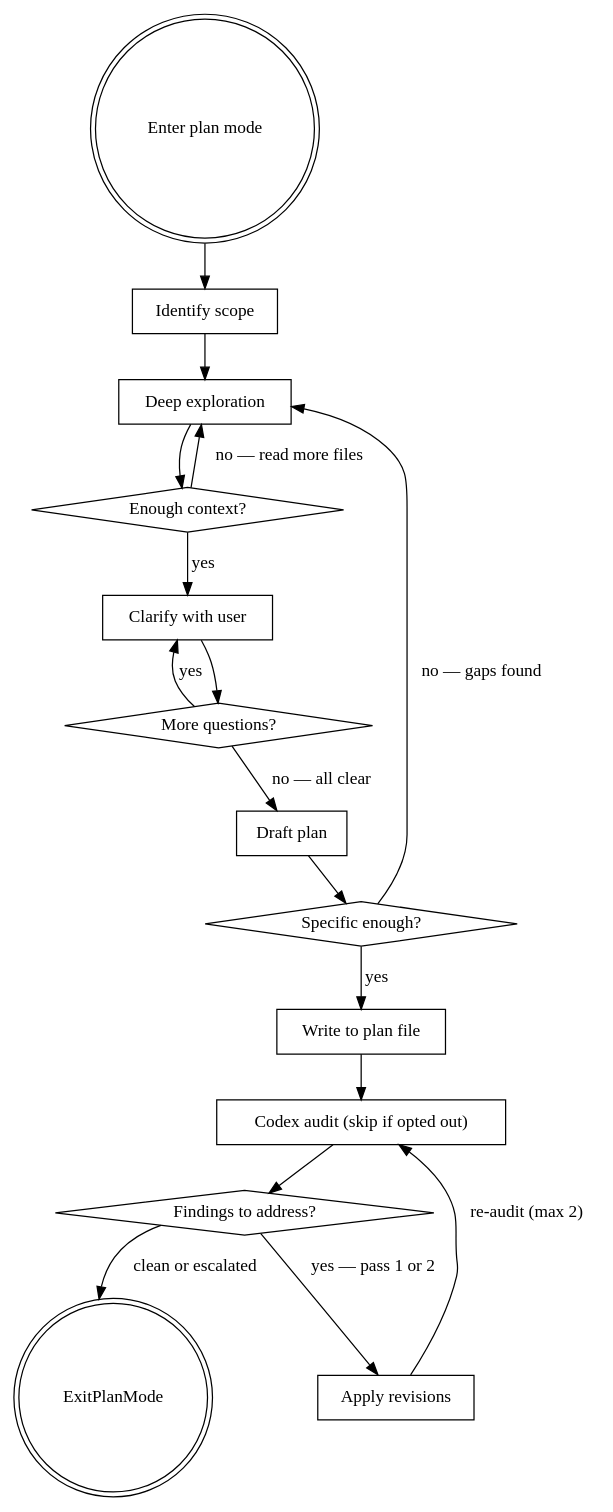
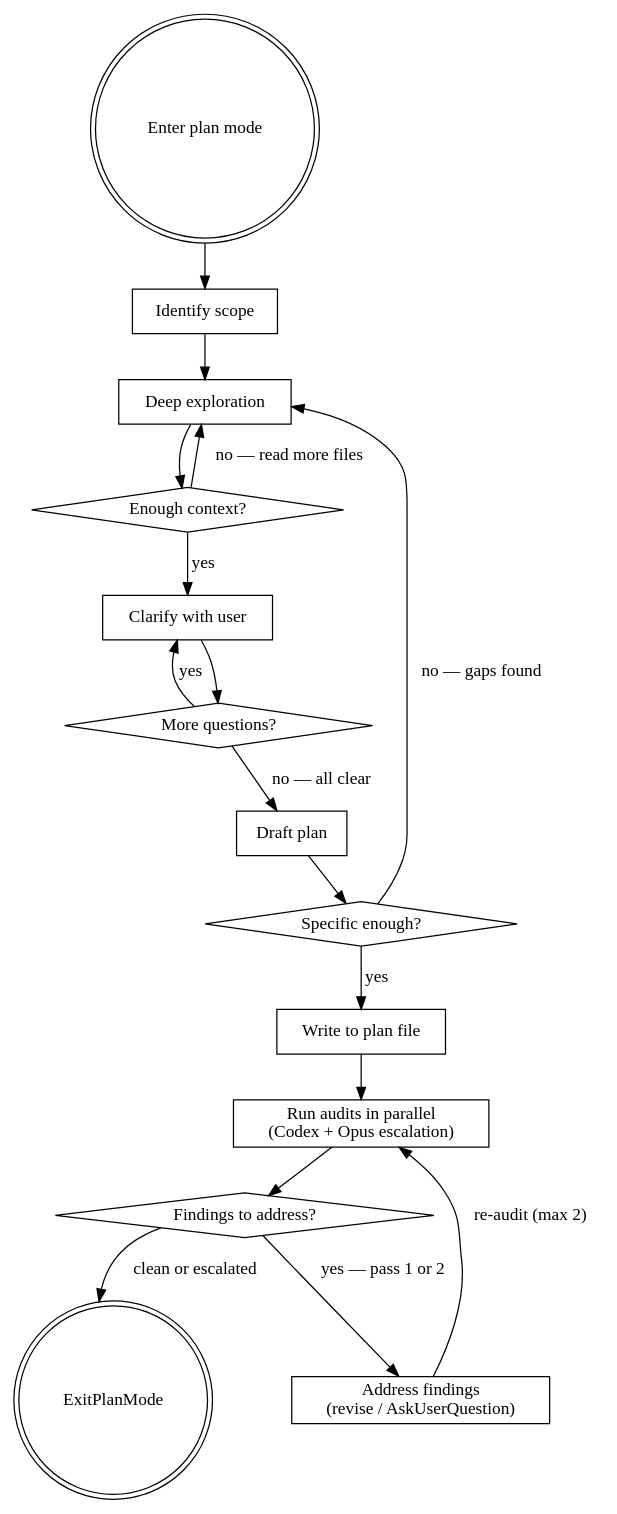
One commit to alexwu/dotfiles changed the diagram in dot_claude/skills/plan-mode-plans/SKILL.md. Above: the diagram before and after it, drawn with Graphviz. The commit also changed other lines of this file and 4 other files, not shown here.

````diff
--- a/dot_claude/skills/plan-mode-plans/SKILL.md
+++ b/dot_claude/skills/plan-mode-plans/SKILL.md
@@ -34,34 +34,34 @@
 ```dot
 digraph plan_mode {
     "Enter plan mode" [shape=doublecircle];
     "Identify scope" [shape=box];
     "Deep exploration" [shape=box];
     "Enough context?" [shape=diamond];
     "Clarify with user" [shape=box];
     "More questions?" [shape=diamond];
     "Draft plan" [shape=box];
     "Specific enough?" [shape=diamond];
     "Write to plan file" [shape=box];
-    "Codex audit (skip if opted out)" [shape=box];
+    "Run audits in parallel\n(Codex + Opus escalation)" [shape=box];
     "Findings to address?" [shape=diamond];
-    "Apply revisions" [shape=box];
+    "Address findings\n(revise / AskUserQuestion)" [shape=box];
     "ExitPlanMode" [shape=doublecircle];
 
     "Enter plan mode" -> "Identify scope";
     "Identify scope" -> "Deep exploration";
     "Deep exploration" -> "Enough context?";
     "Enough context?" -> "Deep exploration" [label="no — read more files"];
     "Enough context?" -> "Clarify with user" [label="yes"];
     "Clarify with user" -> "More questions?";
     "More questions?" -> "Clarify with user" [label="yes"];
     "More questions?" -> "Draft plan" [label="no — all clear"];
     "Draft plan" -> "Specific enough?";
     "Specific enough?" -> "Deep exploration" [label="no — gaps found"];
     "Specific enough?" -> "Write to plan file" [label="yes"];
-    "Write to plan file" -> "Codex audit (skip if opted out)";
-    "Codex audit (skip if opted out)" -> "Findings to address?";
-    "Findings to address?" -> "Apply revisions" [label="yes — pass 1 or 2"];
-    "Apply revisions" -> "Codex audit (skip if opted out)" [label="re-audit (max 2)"];
+    "Write to plan file" -> "Run audits in parallel\n(Codex + Opus escalation)";
+    "Run audits in parallel\n(Codex + Opus escalation)" -> "Findings to address?";
+    "Findings to address?" -> "Address findings\n(revise / AskUserQuestion)" [label="yes — pass 1 or 2"];
+    "Address findings\n(revise / AskUserQuestion)" -> "Run audits in parallel\n(Codex + Opus escalation)" [label="re-audit (max 2)"];
     "Findings to address?" -> "ExitPlanMode" [label="clean or escalated"];
 }
 ```
````
